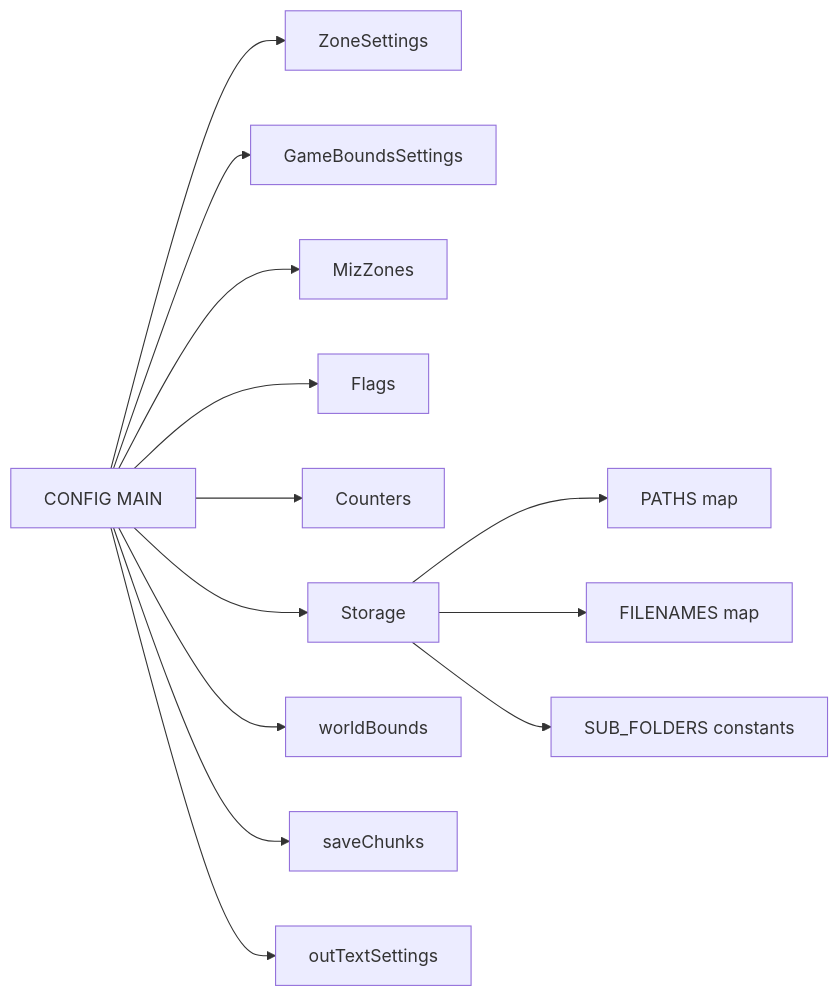
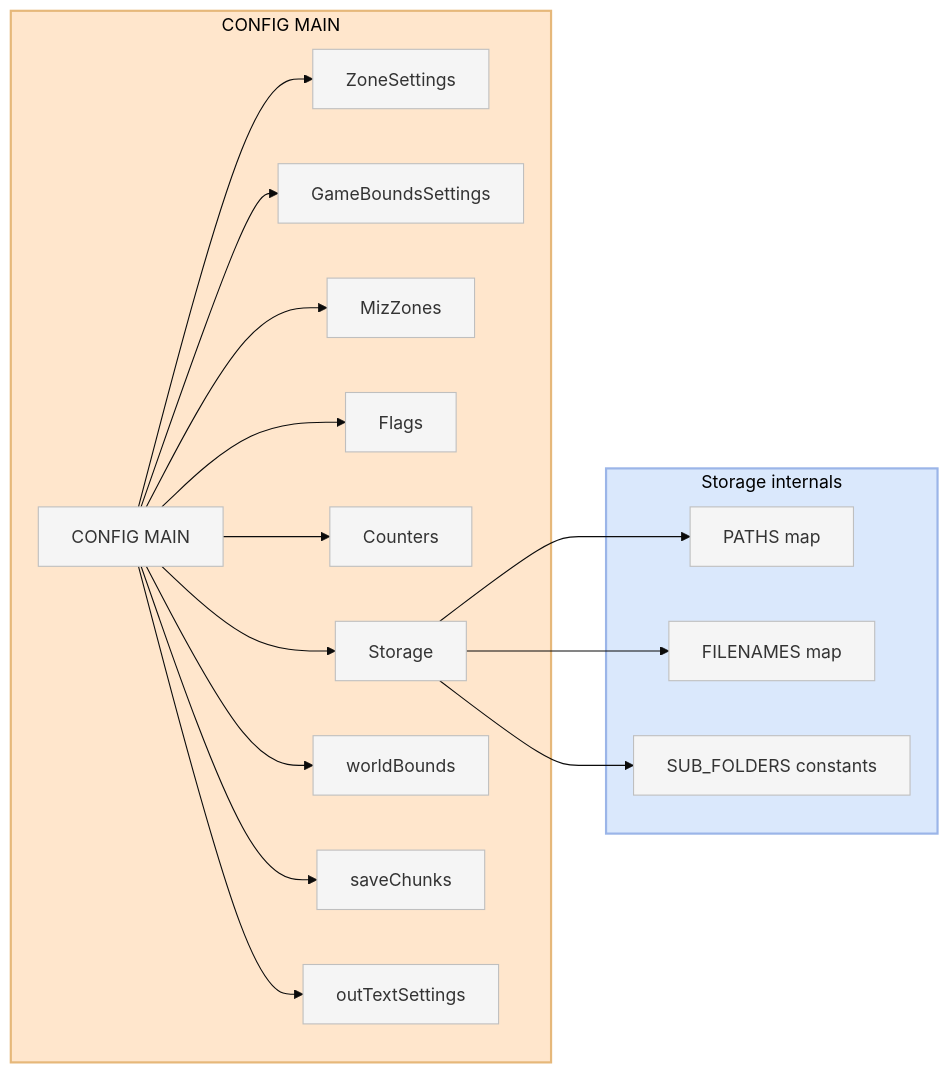
One commit to Gh0st352/AETHR changed the first of 3 diagrams in docs/config/main_schema.md. Above: the diagram before and after it, drawn with Mermaid. The commit also changed other lines of this file and 8 other files, not shown here.

First line of the commit message:
docs(config): enhance Mermaid diagrams with theme/layout

````diff
--- a/docs/config/main_schema.md
+++ b/docs/config/main_schema.md
@@ -34,15 +34,40 @@
 ```mermaid
+%%{init: {"theme":"base", "themeVariables":{"primaryColor":"#f5f5f5"}}}%%
 flowchart LR
-  MAIN[CONFIG MAIN] --> ZS[ZoneSettings]
-  MAIN --> GB[GameBoundsSettings]
-  MAIN --> MZ[MizZones]
-  MAIN --> FL[Flags]
-  MAIN --> CT[Counters]
-  MAIN --> ST[Storage]
-  MAIN --> WB[worldBounds]
-  MAIN --> SC[saveChunks]
-  MAIN --> OT[outTextSettings]
-  ST --> PATHS[PATHS map]
-  ST --> FNS[FILENAMES map]
-  ST --> SF[SUB_FOLDERS constants]
+  %% Main configuration relationships (grouped)
+  subgraph MAIN_BLOCK [CONFIG MAIN]
+    style MAIN_BLOCK fill:#ffe6cc,stroke:#e6b87a,stroke-width:2px
+    MAIN[CONFIG MAIN] --> ZS[ZoneSettings]
+    MAIN --> GB[GameBoundsSettings]
+    MAIN --> MZ[MizZones]
+    MAIN --> FL[Flags]
+    MAIN --> CT[Counters]
+    MAIN --> ST[Storage]
+    MAIN --> WB[worldBounds]
+    MAIN --> SC[saveChunks]
+    MAIN --> OT[outTextSettings]
+  end
+
+  subgraph STORAGE_BLOCK [Storage internals]
+    style STORAGE_BLOCK fill:#dae8fc,stroke:#9bb5e8,stroke-width:2px
+    ST --> PATHS[PATHS map]
+    ST --> FNS[FILENAMES map]
+    ST --> SF[SUB_FOLDERS constants]
+  end
+
+  %% Node visual style
+  classDef node fill:#f5f5f5,stroke:#bfbfbf,stroke-width:1px
+  class MAIN node
+  class ZS node
+  class GB node
+  class MZ node
+  class FL node
+  class CT node
+  class ST node
+  class WB node
+  class SC node
+  class OT node
+  class PATHS node
+  class FNS node
+  class SF node
 ```
````
